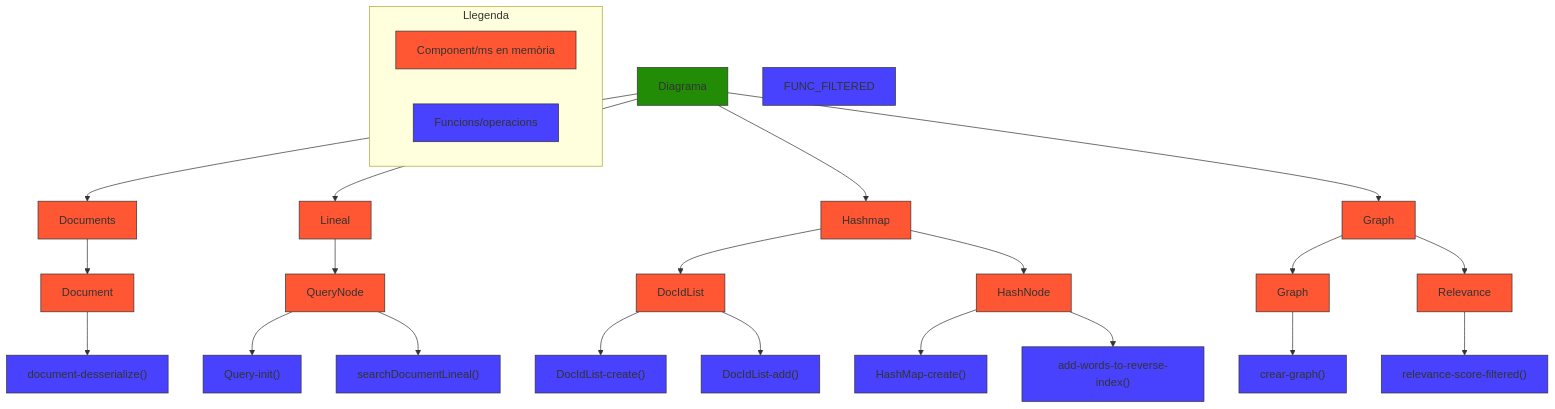
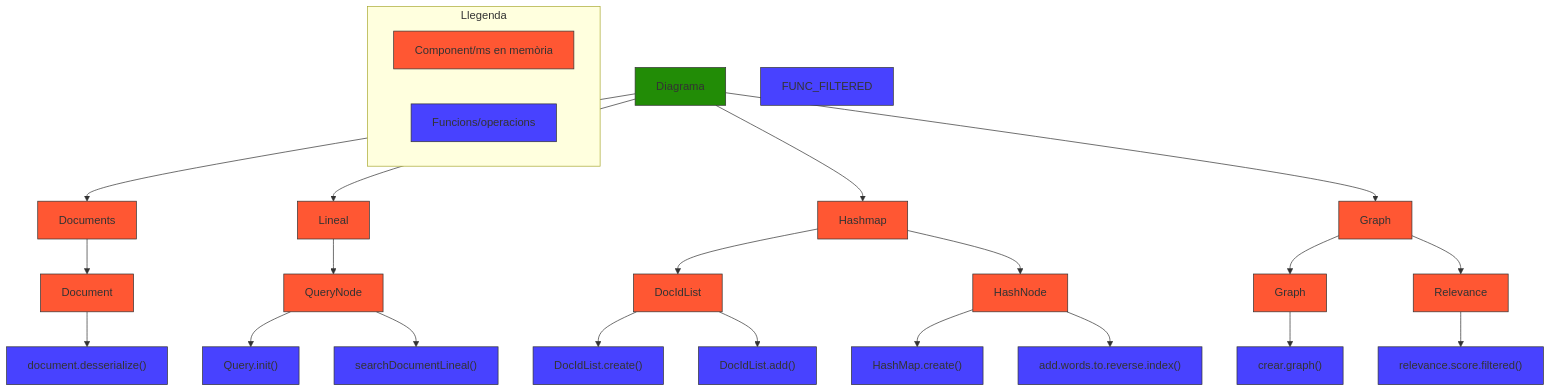
The diagram in REPORT.md (bernatnogueras/edaii-2025-P202-48), drawn with Mermaid before and after one commit.

Commit message:
hauria de duncionar

````diff
--- a/REPORT.md
+++ b/REPORT.md
@@ -7,69 +7,69 @@
 ```mermaid
 flowchart TD
 
     %% Nodo raíz
     DIAG["Diagrama"] 
 
     %% Rama Documents
     DIAG --> DOCUMENTS["Documents"]
     DOCUMENTS --> DOCUMENT["Document"]
-    DOCUMENT --> FUNC_DESERIALIZE["document-desserialize()"]
+    DOCUMENT --> FUNC_DESERIALIZE["document.desserialize()"]
 
     %% Rama Lineal
     DIAG --> LINEAL["Lineal"]
     LINEAL --> QNODE["QueryNode"]
-    QNODE --> FUNC_Q_INIT["Query-init()"]
+    QNODE --> FUNC_Q_INIT["Query.init()"]
     QNODE --> FUNC_SEARCH_DOC_LINEAL["searchDocumentLineal()"]
 
     %% Rama Hashmap
     DIAG --> HASHMAP["Hashmap"]
     HASHMAP --> DOCLIST["DocIdList"]
-    DOCLIST --> FUNC_DOCLIST_CREATE["DocIdList-create()"]
-    DOCLIST --> FUNC_DOCLIST_ADD["DocIdList-add()"]
+    DOCLIST --> FUNC_DOCLIST_CREATE["DocIdList.create()"]
+    DOCLIST --> FUNC_DOCLIST_ADD["DocIdList.add()"]
     HASHMAP --> HASHNODE["HashNode"]
-    HASHNODE --> FUNC_HASHMAP_INIT["HashMap-create()"]
-    HASHNODE --> FUNC_ADD_WORD["add-words-to-reverse-index()"]
+    HASHNODE --> FUNC_HASHMAP_INIT["HashMap.create()"]
+    HASHNODE --> FUNC_ADD_WORD["add.words.to.reverse.index()"]
 
     %% Rama Graph
     DIAG --> GRAPH["Graph"]
     GRAPH --> GRAPH_NODE["Graph"]
-    GRAPH_NODE --> FUNC_WAR_GRAPH["crear-graph()"]
+    GRAPH_NODE --> FUNC_WAR_GRAPH["crear.graph()"]
     GRAPH --> RELEVANCE["Relevance"]
-    RELEVANCE --> FUNC_REL_SCAN["relevance-score-filtered()"]
+    RELEVANCE --> FUNC_REL_SCAN["relevance.score.filtered()"]
 
     %% Estilos de colores
     style DIAG fill:#228c06,stroke:#333,stroke-width:1px
 
     style DOCUMENTS fill:#ff5733,stroke:#333,stroke-width:1px
     style DOCUMENT fill:#ff5733,stroke:#333,stroke-width:1px
     style FUNC_DESERIALIZE fill:#4842ff,stroke:#333,stroke-width:1px
 
     style LINEAL fill:#ff5733,stroke:#333,stroke-width:1px
     style QNODE fill:#ff5733,stroke:#333,stroke-width:1px
     style FUNC_Q_INIT fill:#4842ff,stroke:#333,stroke-width:1px
     style FUNC_SEARCH_DOC_LINEAL fill:#4842ff,stroke:#333,stroke-width:1px
 
     style HASHMAP fill:#ff5733,stroke:#333,stroke-width:1px
     style DOCLIST fill:#ff5733,stroke:#333,stroke-width:1px
     style FUNC_DOCLIST_CREATE fill:#4842ff,stroke:#333,stroke-width:1px
     style FUNC_DOCLIST_ADD fill:#4842ff,stroke:#333,stroke-width:1px
     style HASHNODE fill:#ff5733,stroke:#333,stroke-width:1px
     style FUNC_HASHMAP_INIT fill:#4842ff,stroke:#333,stroke-width:1px
     style FUNC_ADD_WORD fill:#4842ff,stroke:#333,stroke-width:1px
 
     style GRAPH fill:#ff5733,stroke:#333,stroke-width:1px
     style GRAPH_NODE fill:#ff5733,stroke:#333,stroke-width:1px
     style FUNC_WAR_GRAPH fill:#4842ff,stroke:#333,stroke-width:1px
     style RELEVANCE fill:#ff5733,stroke:#333,stroke-width:1px
     style FUNC_REL_SCAN fill:#4842ff,stroke:#333,stroke-width:1px
     style FUNC_FILTERED fill:#4842ff,stroke:#333,stroke-width:1px
 
     %% Leyenda (opcional)
     subgraph Leyenda["Llegenda"]
         green["Component/ms en memòria"] 
         purple["Funcions/operacions"]
     end
 
     style green fill:#ff5733,stroke:#333,stroke-width:1px
     style purple fill:#4842ff,stroke:#333,stroke-width:1px
 ```
````
